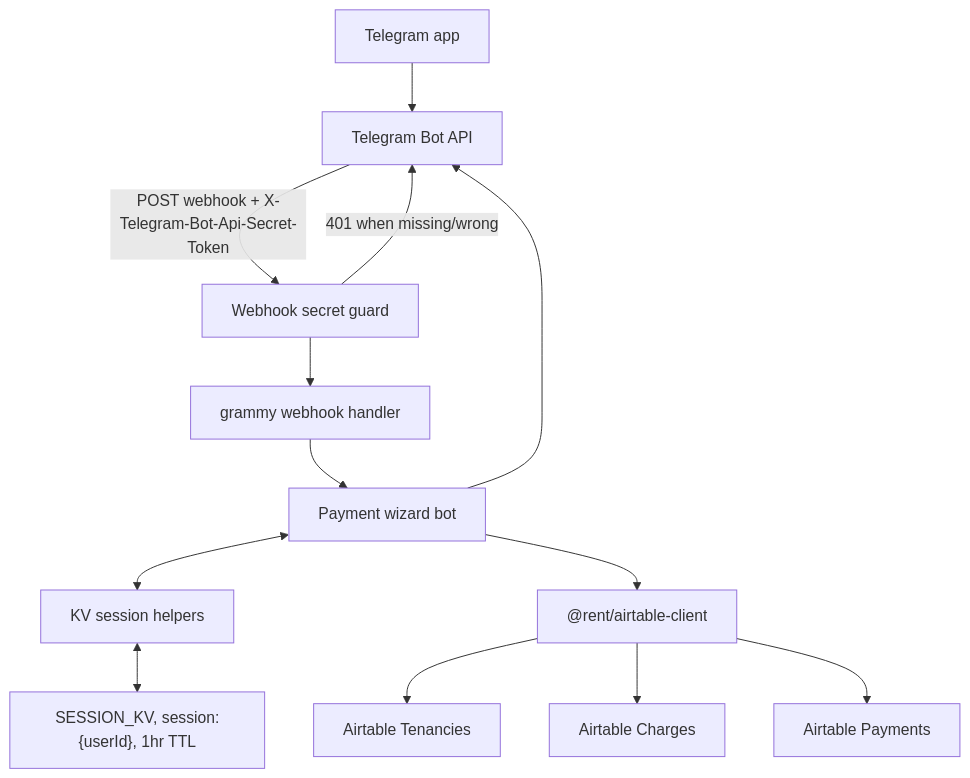
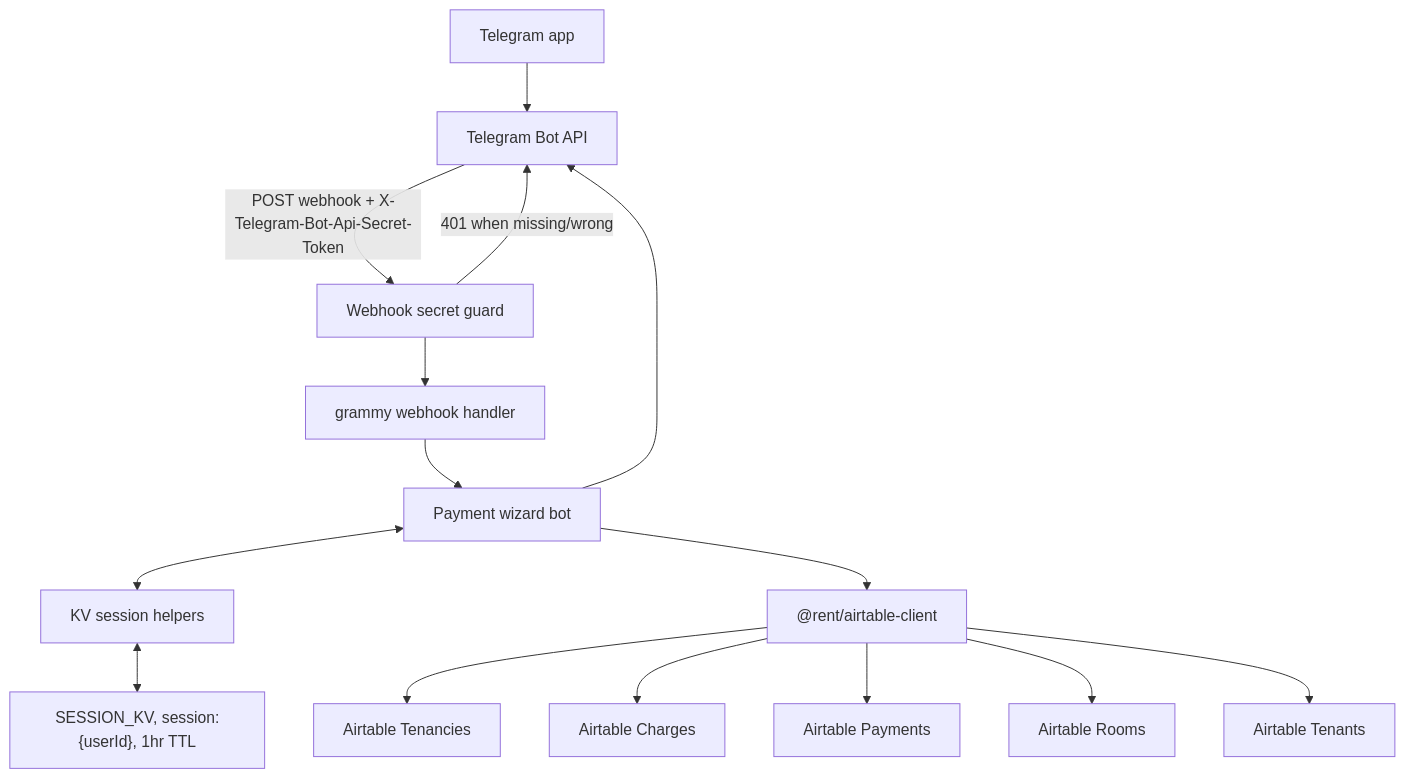
Before and after one commit to edward-sia/rent-workers: the diagram in payment-worker/README.md, drawn with Mermaid. The commit also changed other lines of this file and 6 other files, not shown here.

````diff
--- a/payment-worker/README.md
+++ b/payment-worker/README.md
@@ -7,15 +7,17 @@
 ```mermaid
 flowchart TD
     TG["Telegram app"] --> TGAPI["Telegram Bot API"]
     TGAPI -->|"POST webhook + X-Telegram-Bot-Api-Secret-Token"| AUTH["Webhook secret guard"]
     AUTH -->|"401 when missing/wrong"| TGAPI
     AUTH --> GRAMMY["grammy webhook handler"]
     GRAMMY --> BOT["Payment wizard bot"]
     BOT <--> SESSION["KV session helpers"]
     SESSION <--> KV["SESSION_KV, session:{userId}, 1hr TTL"]
     BOT --> CLIENT["@rent/airtable-client"]
     CLIENT --> TEN["Airtable Tenancies"]
     CLIENT --> CHG["Airtable Charges"]
     CLIENT --> PAY["Airtable Payments"]
+    CLIENT --> ROOM["Airtable Rooms"]
+    CLIENT --> TNT["Airtable Tenants"]
     BOT --> TGAPI
 ```
````
